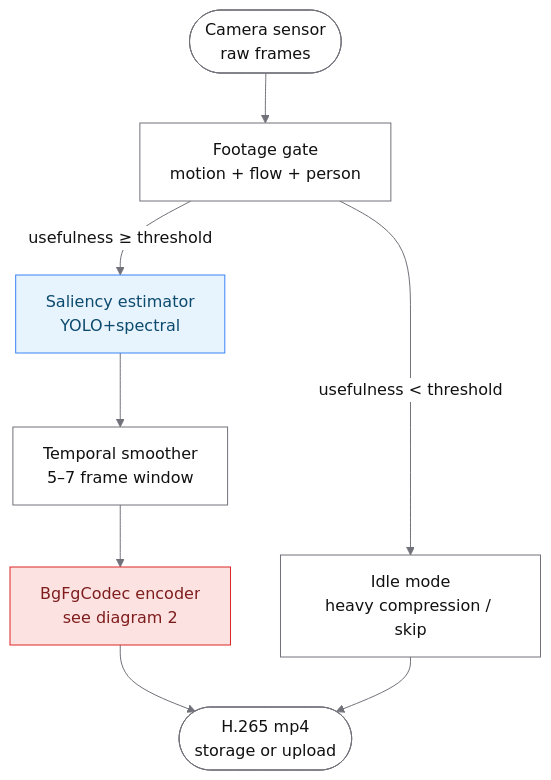
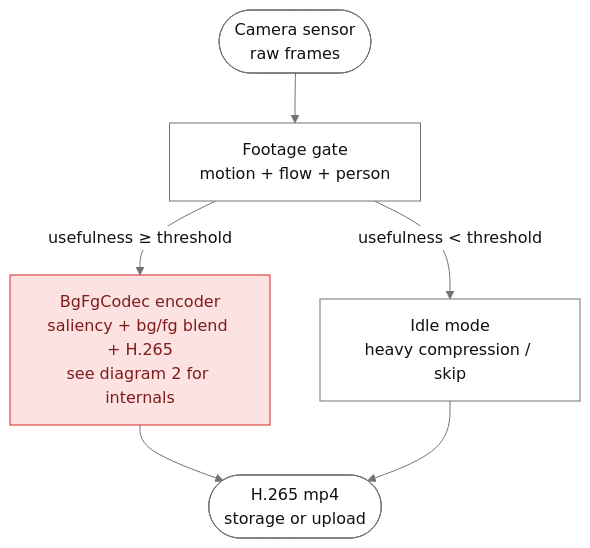
Before and after one commit to SaiAmartya/steam-icac-2026: the first of 5 diagrams in docs/architecture.md, drawn with Mermaid. The commit also changed other lines of this file, not shown here.

First line of the commit message:
Docs: fix architecture diagrams to match BgFgCodec implementation

````diff
--- a/docs/architecture.md
+++ b/docs/architecture.md
@@ -18,14 +18,11 @@
 ```mermaid
 %%{init: {'theme':'base','themeVariables':{'primaryColor':'#ffffff','primaryTextColor':'#111111','primaryBorderColor':'#71717a','lineColor':'#71717a','tertiaryColor':'#ffffff'}}}%%
 flowchart TD
     A([Camera sensor<br/>raw frames]) --> B[Footage gate<br/>motion + flow + person]
     B -->|usefulness < threshold| C[Idle mode<br/>heavy compression / skip]
-    B -->|usefulness ≥ threshold| D[Saliency estimator<br/>YOLO+spectral]
-    D --> E[Temporal smoother<br/>5–7 frame window]
-    E --> F[BgFgCodec encoder<br/>see diagram 2]
+    B -->|usefulness ≥ threshold| F[BgFgCodec encoder<br/>saliency + bg/fg blend + H.265<br/>see diagram 2 for internals]
     F --> G([H.265 mp4<br/>storage or upload])
     C --> G
 
-    style D fill:#e8f4fd,stroke:#3b82f6,color:#0c4a6e
     style F fill:#fde2e2,stroke:#dc2626,color:#7f1d1d
 ```
````
